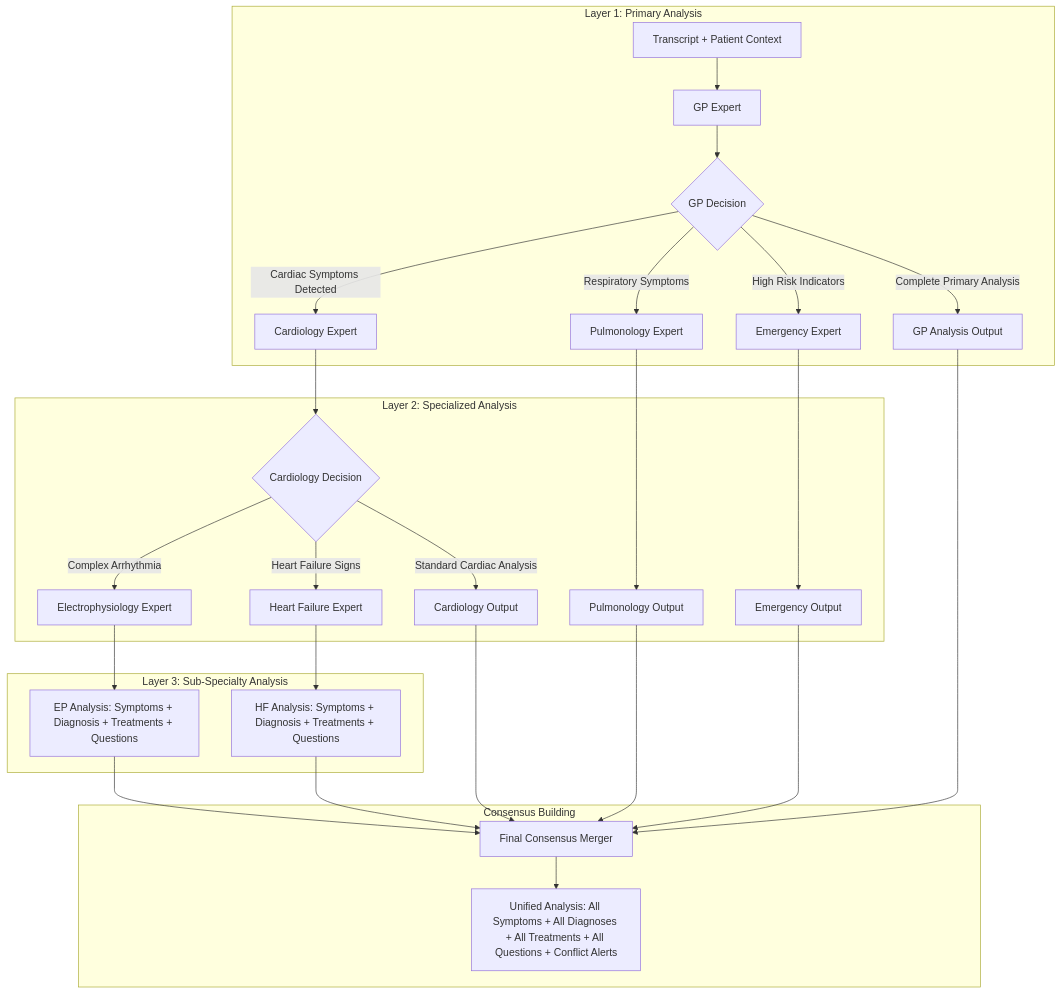
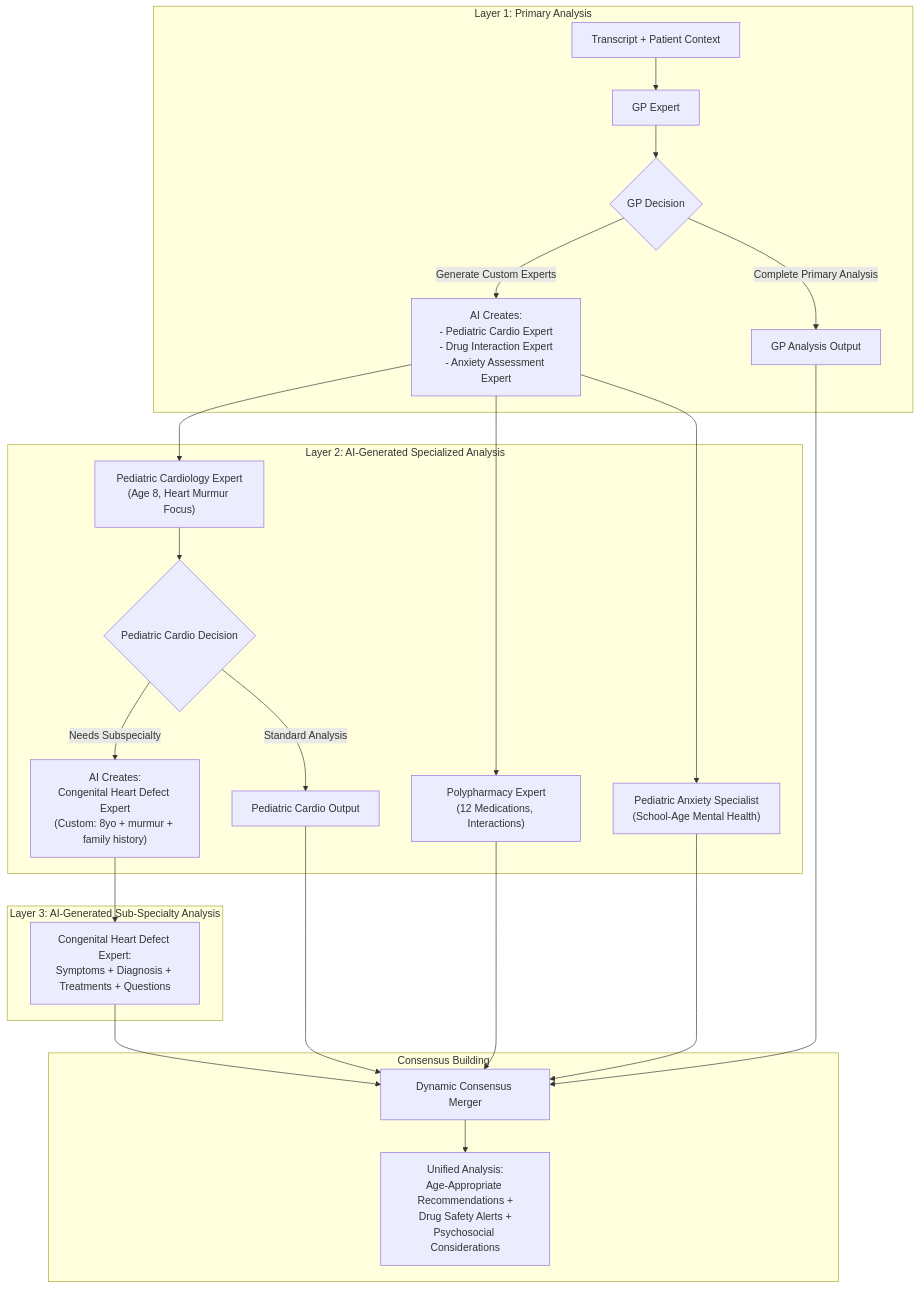
One commit to nxtwrld/aouros-www changed the second of 2 diagrams in AI_SESSION_DAG.md. Above: the diagram before and after it, drawn with Mermaid. The commit also changed other lines of this file and 15 other files, not shown here.

````diff
--- a/AI_SESSION_DAG.md
+++ b/AI_SESSION_DAG.md
@@ -42,36 +42,32 @@
 ```mermaid
 graph TB
     subgraph "Layer 1: Primary Analysis"
         A[Transcript + Patient Context] --> B[GP Expert]
         B --> C{GP Decision}
-        C -->|Cardiac Symptoms Detected| D[Cardiology Expert]
-        C -->|Respiratory Symptoms| E[Pulmonology Expert]
-        C -->|High Risk Indicators| F[Emergency Expert]
+        C -->|Generate Custom Experts| D["AI Creates:\n- Pediatric Cardio Expert\n- Drug Interaction Expert\n- Anxiety Assessment Expert"]
         C -->|Complete Primary Analysis| G[GP Analysis Output]
     end
     
-    subgraph "Layer 2: Specialized Analysis"
-        D --> H{Cardiology Decision}
-        H -->|Complex Arrhythmia| I[Electrophysiology Expert]
-        H -->|Heart Failure Signs| J[Heart Failure Expert]
-        H -->|Standard Cardiac Analysis| K[Cardiology Output]
+    subgraph "Layer 2: AI-Generated Specialized Analysis"
+        D --> E["Pediatric Cardiology Expert\n(Age 8, Heart Murmur Focus)"]
+        D --> F["Polypharmacy Expert\n(12 Medications, Interactions)"]
+        D --> H["Pediatric Anxiety Specialist\n(School-Age Mental Health)"]
         
-        E --> L[Pulmonology Output]
-        F --> M[Emergency Output]
+        E --> I{Pediatric Cardio Decision}
+        I -->|Needs Subspecialty| J["AI Creates:\nCongenital Heart Defect Expert\n(Custom: 8yo + murmur + family history)"]
+        I -->|Standard Analysis| K[Pediatric Cardio Output]
     end
     
-    subgraph "Layer 3: Sub-Specialty Analysis"
-        I --> N[EP Analysis: Symptoms + Diagnosis + Treatments + Questions]
-        J --> O[HF Analysis: Symptoms + Diagnosis + Treatments + Questions]
+    subgraph "Layer 3: AI-Generated Sub-Specialty Analysis"
+        J --> L["Congenital Heart Defect Expert:\nSymptoms + Diagnosis + Treatments + Questions"]
     end
     
     subgraph "Consensus Building"
-        G --> P[Final Consensus Merger]
-        K --> P
-        L --> P
-        M --> P
-        N --> P
-        O --> P
-        P --> Q[Unified Analysis: All Symptoms + All Diagnoses + All Treatments + All Questions + Conflict Alerts]
+        G --> M[Dynamic Consensus Merger]
+        K --> M
+        F --> M
+        H --> M
+        L --> M
+        M --> N["Unified Analysis:\nAge-Appropriate Recommendations +\nDrug Safety Alerts +\nPsychosocial Considerations"]
     end
 ```
````
